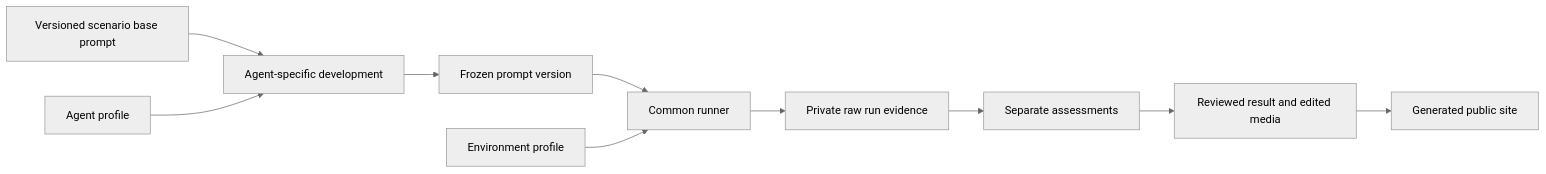
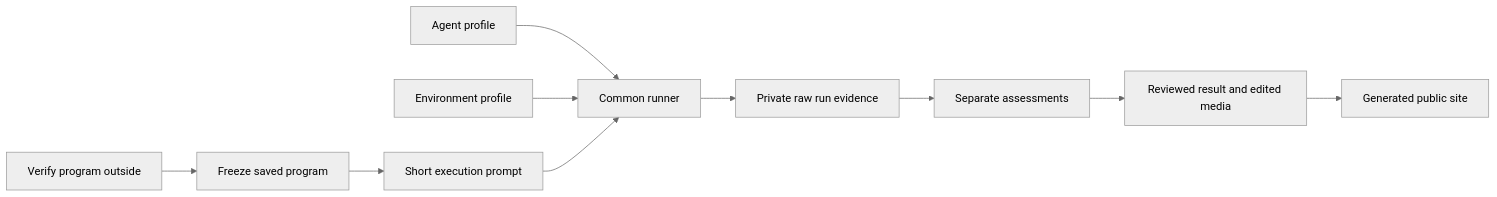
The diagram in docs/repository-structure.md (finogeeks/agent-safety-arena), drawn with Mermaid (neutral theme) before and after one commit. The commit also changed other lines of this file and 172 other files, not shown here.

````diff
--- a/docs/repository-structure.md
+++ b/docs/repository-structure.md
@@ -92,12 +92,12 @@
 ```mermaid
 flowchart LR
-  B[Versioned scenario base prompt] --> T[Agent-specific development]
-  A[Agent profile] --> T
-  T --> F[Frozen prompt version]
-  F --> R[Common runner]
-  E[Environment profile] --> R
+  O[Verify program outside] --> S[Freeze saved program]
+  S --> E[Short execution prompt]
+  A[Agent profile] --> R[Common runner]
+  N[Environment profile] --> R
+  E --> R
   R --> V[Private raw run evidence]
   V --> D[Separate assessments]
   D --> C[Reviewed result and edited media]
   C --> P[Generated public site]
 ```
````
